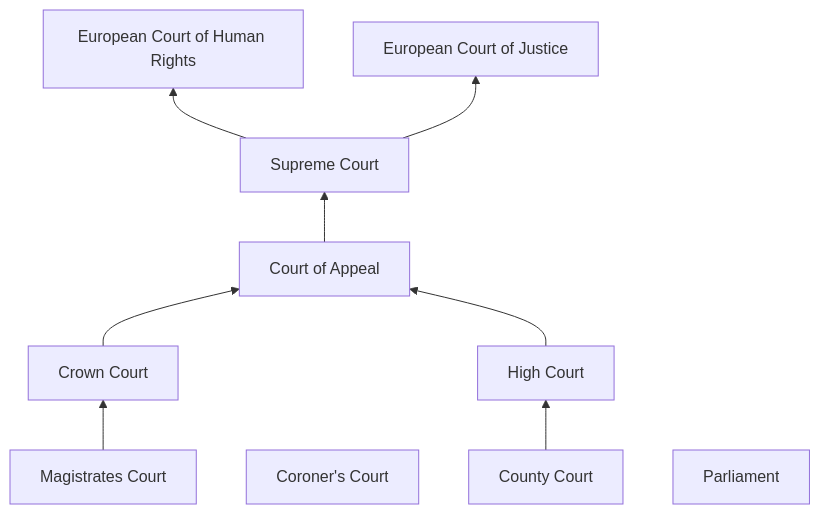
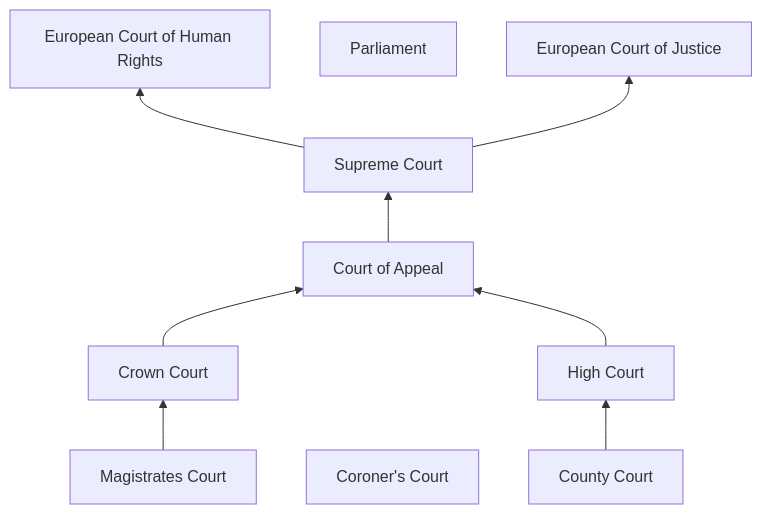
The sixth of 6 diagrams in Module 1/Law in medicine.md (Owen-Chu/Medicine), drawn with Mermaid before and after one commit. The commit also changed other lines of this file, not shown here.

Commit message:
vault backup: 2026-09-21 21:48:03

````diff
--- a/Module 1/Law in medicine.md
+++ b/Module 1/Law in medicine.md
@@ -134,12 +135,12 @@
 ```mermaid
 flowchart BT
 	A[Magistrates Court] --> B[Crown Court]
 	C[Coroner's Court]
 	D[County Court] --> E[High Court]
 	B --> F[Court of Appeal]
 	E --> F[Court of Appeal]
 	F --> G[Supreme Court]
-	Parliament
 	G --> H[European Court of Human Rights]
+	G ~~~ Parliament
 	G --> J[European Court of Justice]
 ```
````
